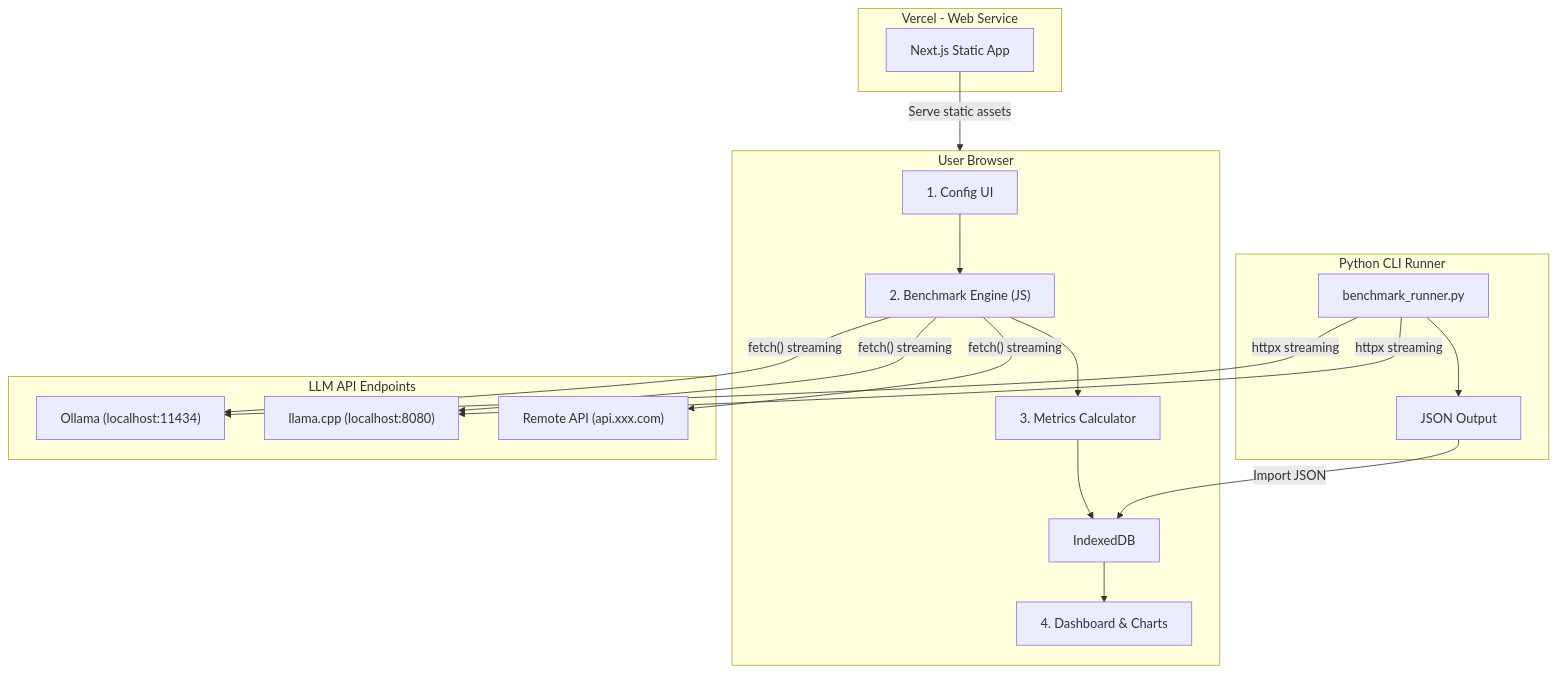
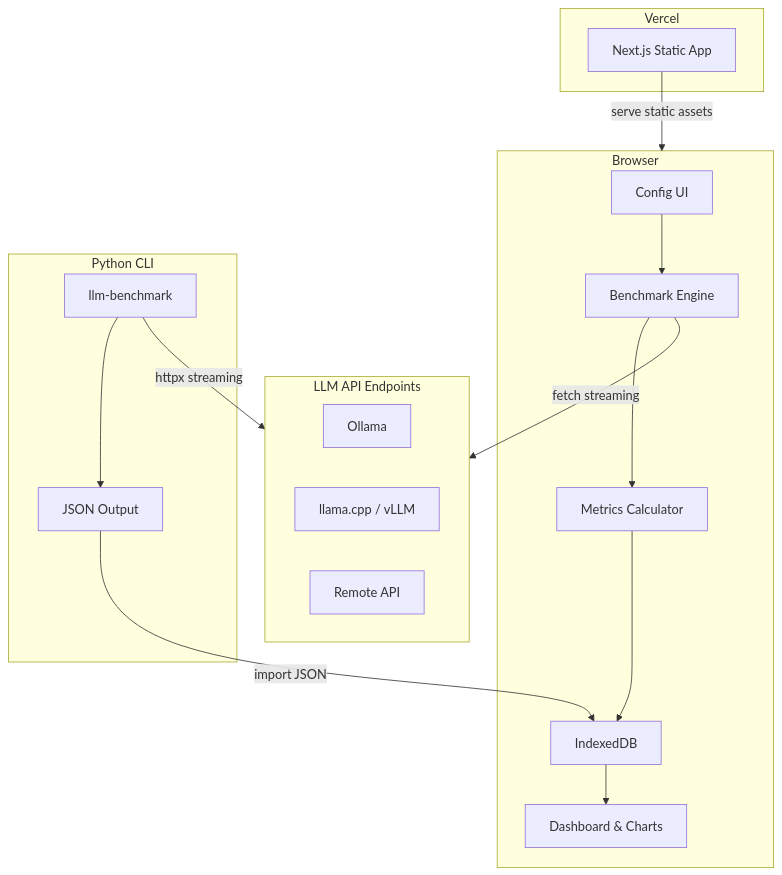
One commit to kuhung/benchmark-for-LLM changed the first of 2 diagrams in README.md. Above: the diagram before and after it, drawn with Mermaid. The commit also changed other lines of this file and 5 other files, not shown here.

First line of the commit message:
feat(docs): update README and CLI documentation for LLM Benchmark

````diff
--- a/README.md
+++ b/README.md
@@ -105,38 +150,35 @@
 ```mermaid
 graph TB
-    subgraph vercel [Vercel - Web Service]
+    subgraph vercel [Vercel]
         NextApp["Next.js Static App"]
     end
 
-    subgraph browser [User Browser]
-        ConfigUI["1. Config UI"]
-        BenchEngine["2. Benchmark Engine (JS)"]
-        MetricsCalc["3. Metrics Calculator"]
-        ResultsView["4. Dashboard & Charts"]
+    subgraph browser [Browser]
+        ConfigUI["Config UI"]
+        BenchEngine["Benchmark Engine"]
+        MetricsCalc["Metrics Calculator"]
+        ResultsView["Dashboard & Charts"]
         LocalStore["IndexedDB"]
     end
 
-    subgraph pythonCLI [Python CLI Runner]
-        PyRunner["benchmark_runner.py"]
+    subgraph cli [Python CLI]
+        PyRunner["llm-benchmark"]
         PyOutput["JSON Output"]
     end
 
-    subgraph llmServices [LLM API Endpoints]
-        ModelA["Ollama (localhost:11434)"]
-        ModelB["llama.cpp (localhost:8080)"]
-        ModelC["Remote API (api.xxx.com)"]
+    subgraph apis [LLM API Endpoints]
+        ModelA["Ollama"]
+        ModelB["llama.cpp / vLLM"]
+        ModelC["Remote API"]
     end
 
-    NextApp -->|"Serve static assets"| browser
+    NextApp -->|serve static assets| browser
     ConfigUI --> BenchEngine
-    BenchEngine -->|"fetch() streaming"| ModelA
-    BenchEngine -->|"fetch() streaming"| ModelB
-    BenchEngine -->|"fetch() streaming"| ModelC
+    BenchEngine -->|fetch streaming| apis
     BenchEngine --> MetricsCalc
     MetricsCalc --> LocalStore
     LocalStore --> ResultsView
-    PyRunner -->|"httpx streaming"| ModelA
-    PyRunner -->|"httpx streaming"| ModelB
+    PyRunner -->|httpx streaming| apis
     PyRunner --> PyOutput
-    PyOutput -->|"Import JSON"| LocalStore
+    PyOutput -->|import JSON| LocalStore
 ```
````
